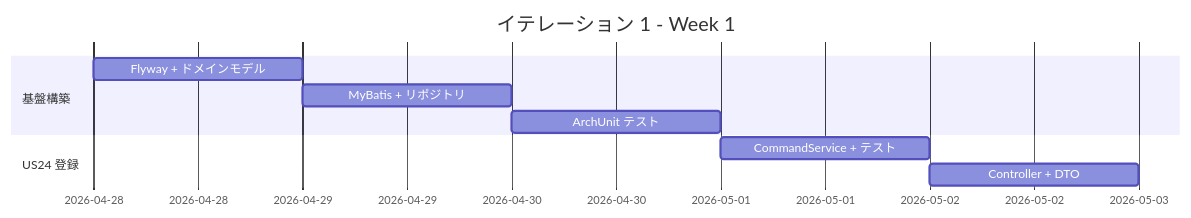
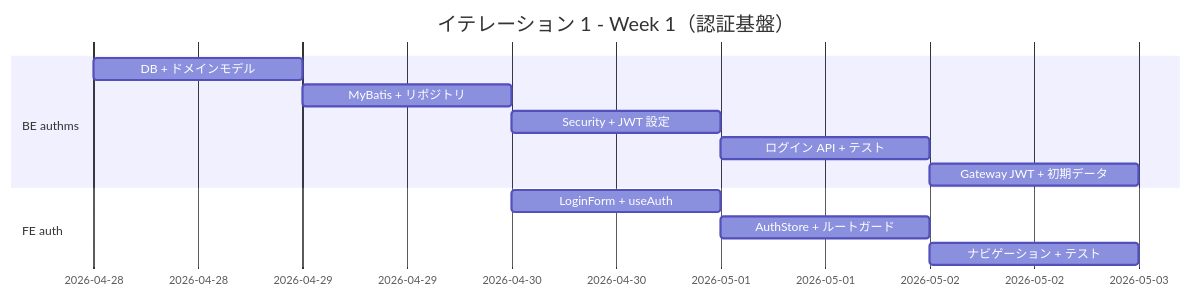
Before and after one commit to k2works/case-study-cargo-tracker: the first of 10 diagrams in docs/development/iteration_plan-1.md, drawn with Mermaid. The commit also changed other lines of this file and 3 other files, not shown here.

````diff
--- a/docs/development/iteration_plan-1.md
+++ b/docs/development/iteration_plan-1.md
@@ -193,12 +228,15 @@
 ```mermaid
 gantt
-    title イテレーション 1 - Week 1
+    title イテレーション 1 - Week 1（認証基盤）
     dateFormat  YYYY-MM-DD
-    section 基盤構築
-    Flyway + ドメインモデル    :d1, 2026-04-28, 1d
-    MyBatis + リポジトリ       :d2, after d1, 1d
-    ArchUnit テスト            :d3, after d2, 1d
-    section US24 登録
-    CommandService + テスト    :d4, after d3, 1d
-    Controller + DTO           :d5, after d4, 1d
+    section BE authms
+    DB + ドメインモデル            :d1, 2026-04-28, 1d
+    MyBatis + リポジトリ           :d2, after d1, 1d
+    Security + JWT 設定            :d3, after d2, 1d
+    ログイン API + テスト          :d4, after d3, 1d
+    Gateway JWT + 初期データ       :d5, after d4, 1d
+    section FE auth
+    LoginForm + useAuth            :f1, 2026-04-30, 1d
+    AuthStore + ルートガード       :f2, after f1, 1d
+    ナビゲーション + テスト        :f3, after f2, 1d
 ```
````
